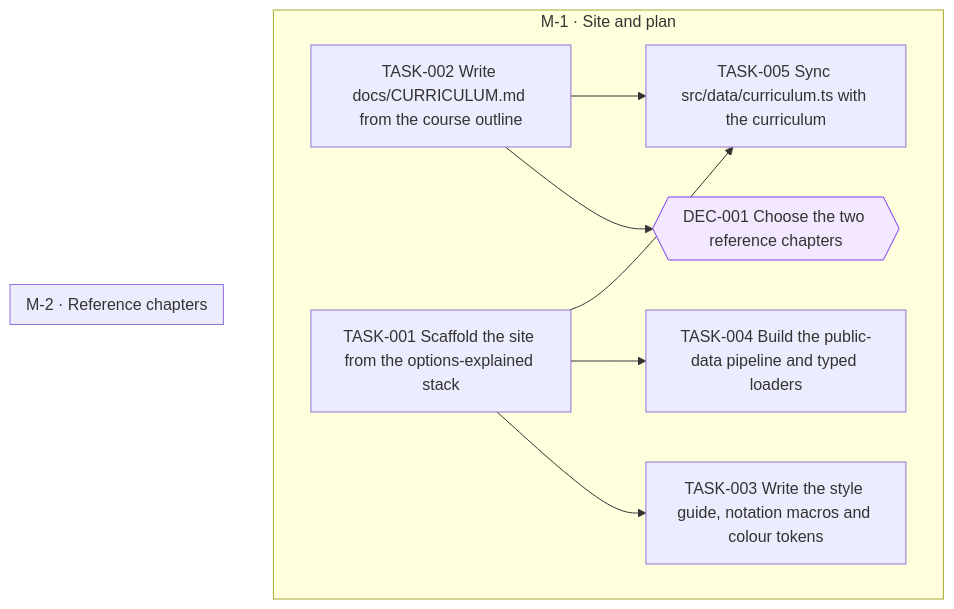
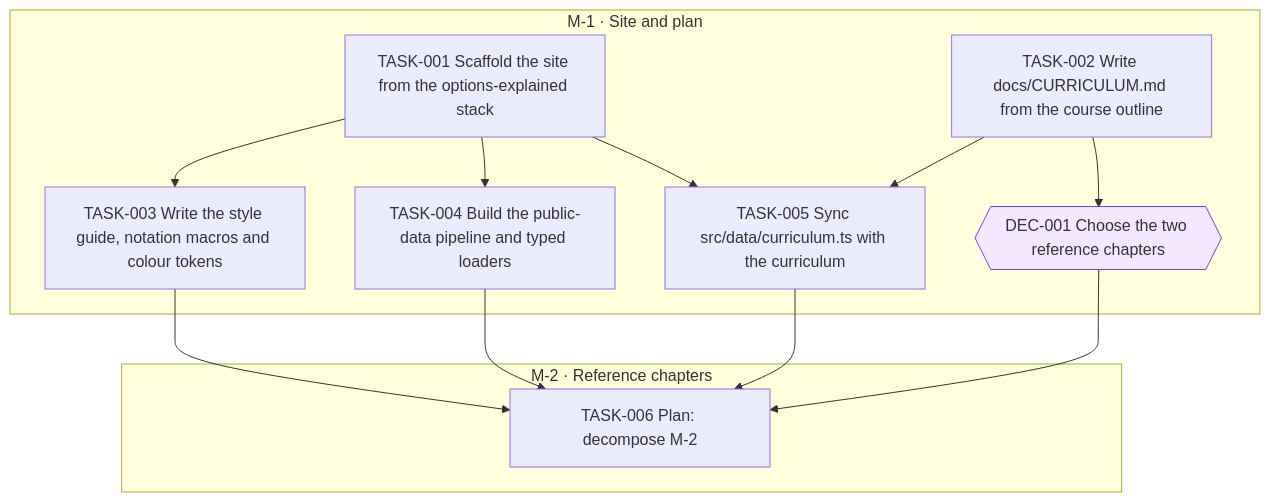
Before and after one commit to all-explained/empirical-finance-lbs: the diagram in goals/course-site/README.md, drawn with Mermaid. The commit also changed 1 other file, not shown here.

Commit message:
goal(course-site): add TASK-006 Plan: decompose M-2

````diff
--- a/goals/course-site/README.md
+++ b/goals/course-site/README.md
@@ -19,22 +19,27 @@
 ```mermaid
 flowchart TD
   subgraph M_1["M-1 · Site and plan"]
     DEC_001{{"DEC-001 Choose the two reference chapters"}}
     TASK_001["TASK-001 Scaffold the site from the options-explained stack"]
     TASK_002["TASK-002 Write docs/CURRICULUM.md from the course outline"]
     TASK_003["TASK-003 Write the style guide, notation macros and colour tokens"]
     TASK_004["TASK-004 Build the public-data pipeline and typed loaders"]
     TASK_005["TASK-005 Sync src/data/curriculum.ts with the curriculum"]
   end
   subgraph M_2["M-2 · Reference chapters"]
+    TASK_006["TASK-006 Plan: decompose M-2"]
   end
   TASK_002 --> DEC_001
   TASK_001 --> TASK_003
   TASK_001 --> TASK_004
   TASK_001 --> TASK_005
   TASK_002 --> TASK_005
+  TASK_003 --> TASK_006
+  TASK_004 --> TASK_006
+  TASK_005 --> TASK_006
+  DEC_001 --> TASK_006
   classDef draft stroke-dasharray: 4 3
   classDef cancelled opacity:0.45
   classDef decision fill:#f3e8ff,stroke:#7c3aed
   class DEC_001 decision
 ```
````
